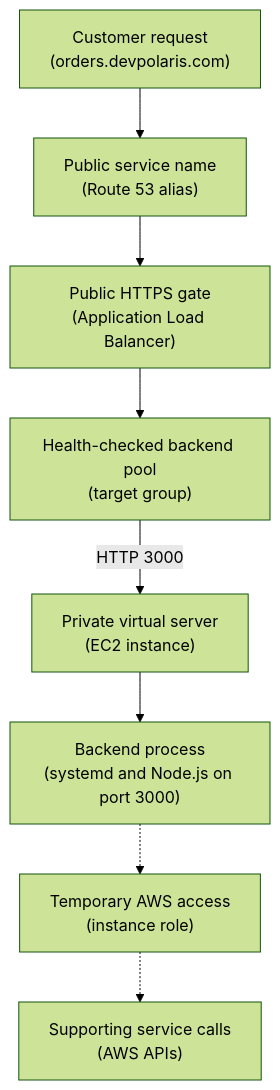
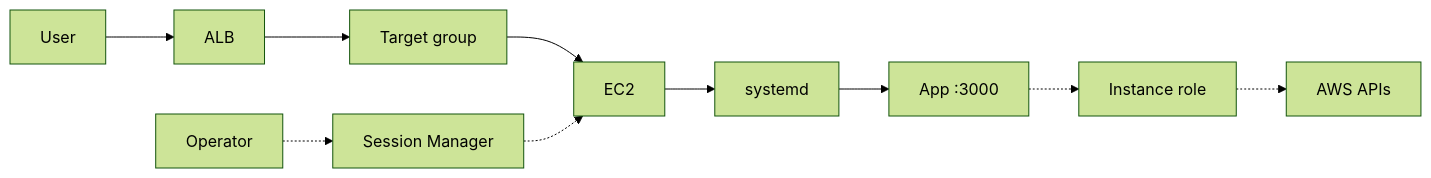
One commit to senlinyy/dev-roadmaps changed the diagram in cloud-providers/aws/compute-application-hosting/ec2-virtual-servers.md. Above: the diagram before and after it, drawn with Mermaid (forest theme). The commit also changed other lines of this file and 275 other files, not shown here.

Commit message:
feat: roadmap structure update

````diff
--- a/cloud-providers/aws/compute-application-hosting/ec2-virtual-servers.md
+++ b/cloud-providers/aws/compute-application-hosting/ec2-virtual-servers.md
@@ -127,19 +214,12 @@
 ```mermaid
-flowchart TD
-    USER["Customer request<br/>(orders.devpolaris.com)"]
-    DNS["Public service name<br/>(Route 53 alias)"]
-    ALB["Public HTTPS gate<br/>(Application Load Balancer)"]
-    TG["Health-checked backend pool<br/>(target group)"]
-    EC2["Private virtual server<br/>(EC2 instance)"]
-    APP["Backend process<br/>(systemd and Node.js on port 3000)"]
-    ROLE["Temporary AWS access<br/>(instance role)"]
-    AWSAPI["Supporting service calls<br/>(AWS APIs)"]
-
-    USER --> DNS
-    DNS --> ALB
-    ALB --> TG
-    TG -->|"HTTP 3000"| EC2
-    EC2 --> APP
-    APP -.-> ROLE
-    ROLE -.-> AWSAPI
+flowchart LR
+    User["User"] --> ALB["ALB"]
+    ALB --> TG["Target group"]
+    TG --> EC2["EC2"]
+    EC2 --> Svc["systemd"]
+    Svc --> App["App :3000"]
+    App -.-> Role["Instance role"]
+    Role -.-> AWS["AWS APIs"]
+    Ops["Operator"] -.-> SSM["Session Manager"]
+    SSM -.-> EC2
 ```
````
